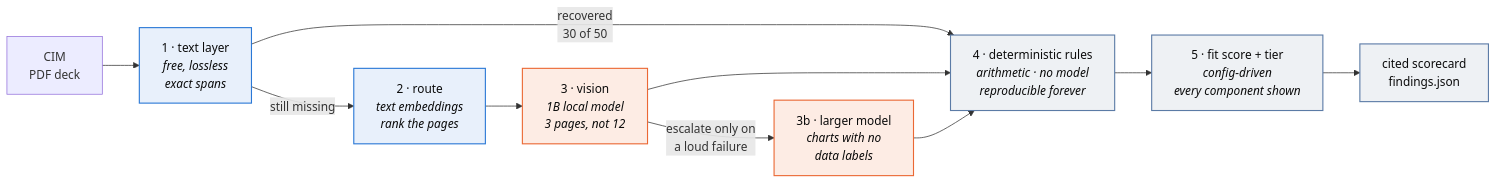
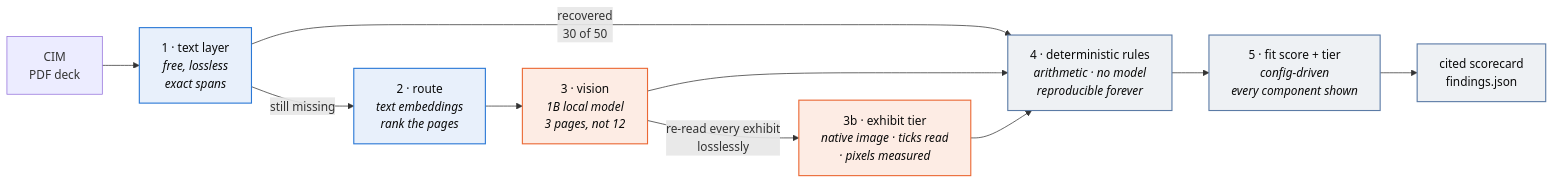
Before and after one commit to situhacks/deal-ready: the first of 2 diagrams in README.md, drawn with Mermaid. The commit also changed other lines of this file and 43 other files, not shown here.

First line of the commit message:
Close the axis column: measure chart values from pixels, not model estimates

````diff
--- a/README.md
+++ b/README.md
@@ -86,19 +89,19 @@
 ```mermaid
 flowchart LR
     PDF["CIM<br/>PDF deck"] --> TL["1 · text layer<br/><i>free, lossless<br/>exact spans</i>"]
     TL -->|"recovered<br/>30 of 50"| RULES
     TL -->|"still missing"| RT["2 · route<br/><i>text embeddings<br/>rank the pages</i>"]
     RT --> V["3 · vision<br/><i>1B local model<br/>3 pages, not 12</i>"]
-    V -->|"escalate only on<br/>a loud failure"| V2["3b · larger model<br/><i>charts with no<br/>data labels</i>"]
+    V -->|"re-read every exhibit<br/>losslessly"| V2["3b · exhibit tier<br/><i>native image · ticks read<br/>· pixels measured</i>"]
     V --> RULES
     V2 --> RULES
     RULES["4 · deterministic rules<br/><i>arithmetic · no model<br/>reproducible forever</i>"] --> FIT["5 · fit score + tier<br/><i>config-driven<br/>every component shown</i>"]
     FIT --> OUT["cited scorecard<br/>findings.json"]
 
     classDef free fill:#e8f0fb,stroke:#2a78d6,stroke-width:1.5px,color:#0b0b0b
     classDef paid fill:#fdece4,stroke:#eb6834,stroke-width:1.5px,color:#0b0b0b
     classDef det  fill:#eef1f4,stroke:#5b7ba6,stroke-width:1.5px,color:#0b0b0b
     class TL,RT free
     class V,V2 paid
     class RULES,FIT,OUT det
 ```
````
